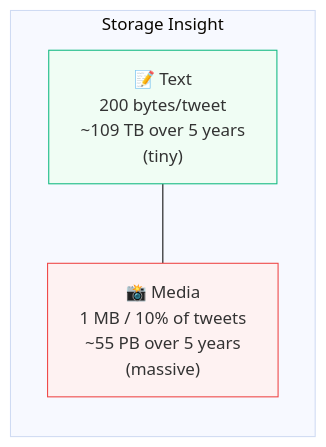
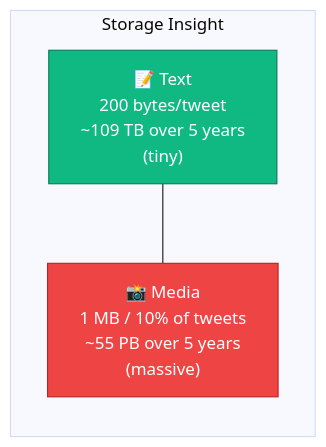
The seventh of 10 diagrams in content/posts/2026/back-of-the-envelope-estimation.md (devops-monk/system-design-blog), drawn with Mermaid (base theme) before and after one commit. The commit also changed other lines of this file and 5 other files, not shown here.

````diff
--- a/content/posts/2026/back-of-the-envelope-estimation.md
+++ b/content/posts/2026/back-of-the-envelope-estimation.md
@@ -370,11 +409,11 @@
 ```mermaid
 flowchart LR
     subgraph "Storage Insight"
         T["📝 Text\n200 bytes/tweet\n~109 TB over 5 years\n(tiny)"]
         M["📸 Media\n1 MB / 10% of tweets\n~55 PB over 5 years\n(massive)"]
     end
     T --- M
 
-    style T fill:#F0FDF4,stroke:#10B981
-    style M fill:#FEF2F2,stroke:#EF4444
+    style T fill:#10B981,stroke:#047857,color:#fff
+    style M fill:#EF4444,stroke:#B91C1C,color:#fff
 ```
````
